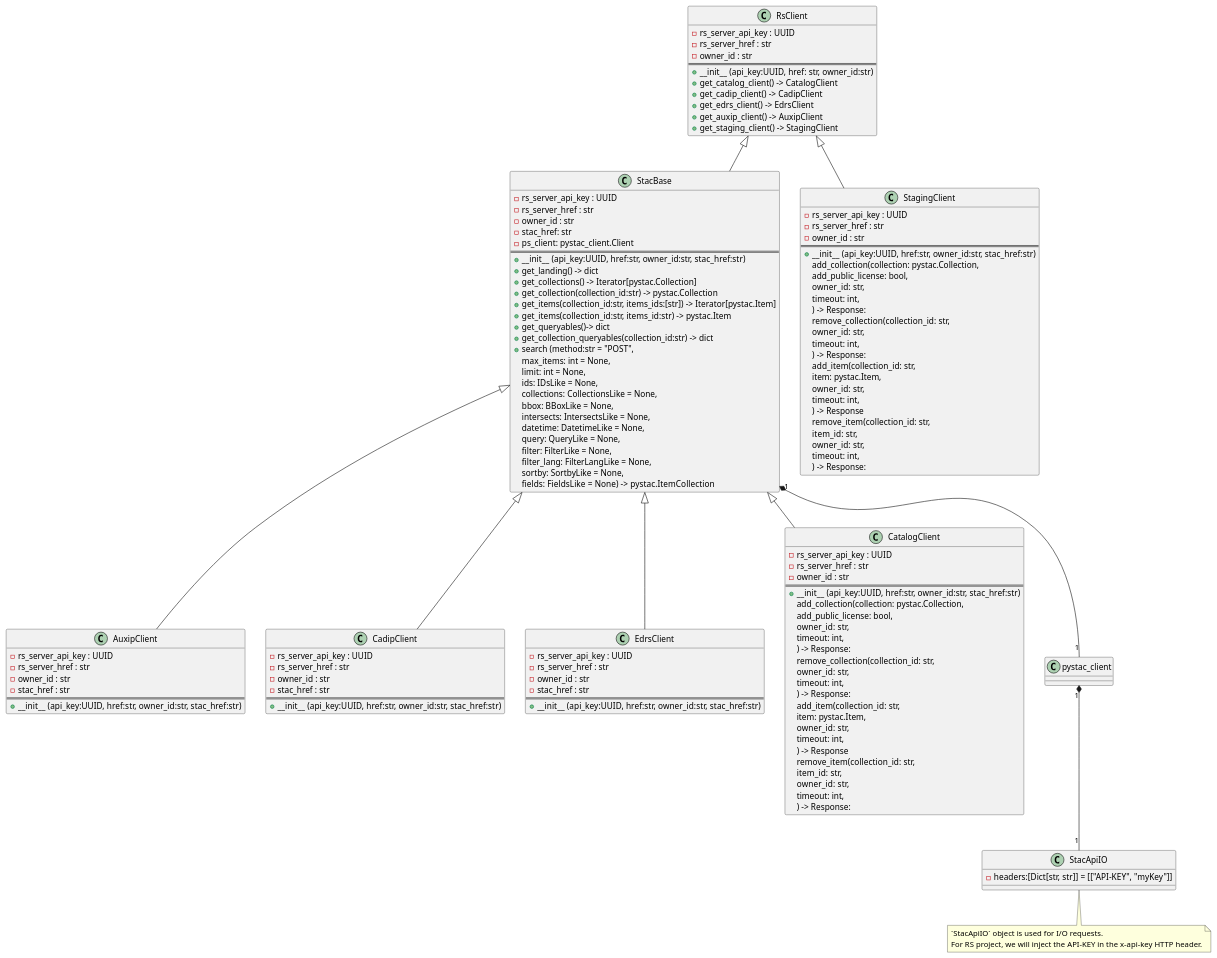
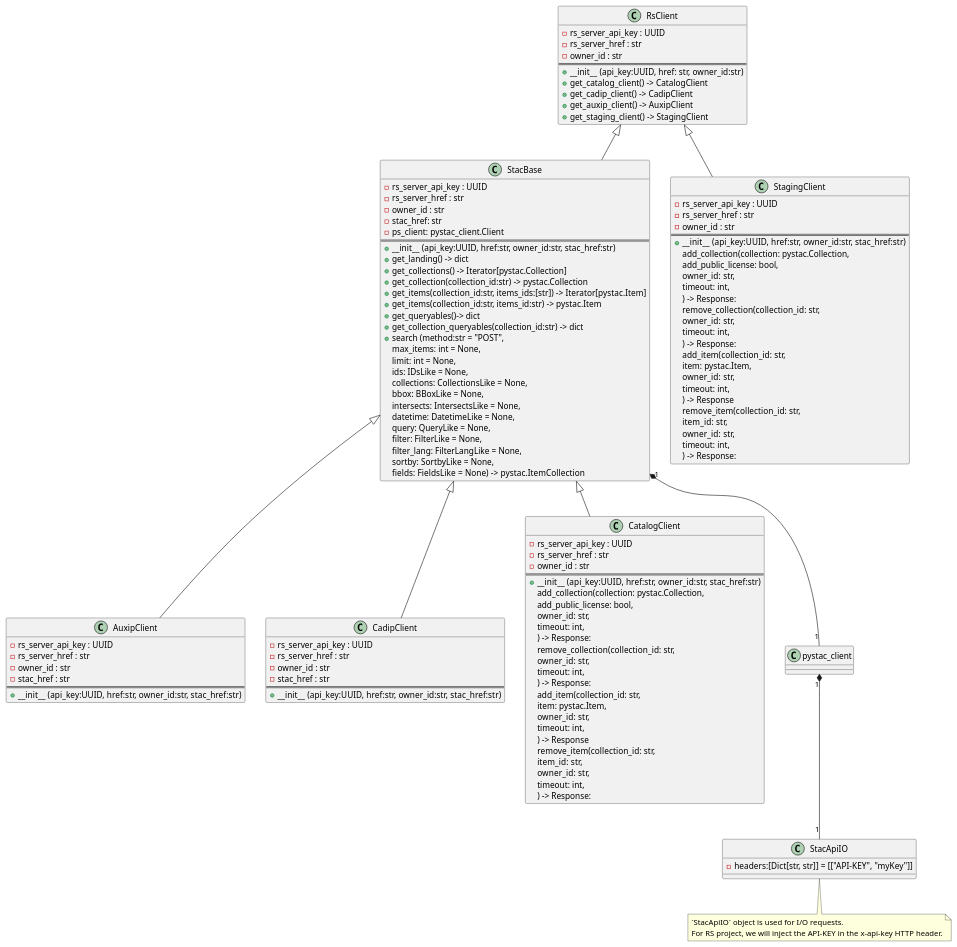
One commit to RS-PYTHON/rs-client-libraries changed the diagram in docs/uml/python-rs-client.plantuml. Above: the diagram before and after it, drawn with PlantUML. The commit also changed 7 other files, not shown here.

```diff
--- a/docs/uml/python-rs-client.plantuml
+++ b/docs/uml/python-rs-client.plantuml
@@ -15,149 +15,138 @@
 @startuml python-rs-client
 
 Class RsClient {
 - rs_server_api_key : UUID
 - rs_server_href : str
 - owner_id : str
 ==
 + __init__ (api_key:UUID, href: str, owner_id:str)
 + get_catalog_client() -> CatalogClient
 + get_cadip_client() -> CadipClient
-+ get_edrs_client() -> EdrsClient
 + get_auxip_client() -> AuxipClient
 + get_staging_client() -> StagingClient
 }
 
 Class StacBase {
 - rs_server_api_key : UUID
 - rs_server_href : str
 - owner_id : str
 - stac_href: str
 - ps_client: pystac_client.Client
 ==
 + __init__ (api_key:UUID, href:str, owner_id:str, stac_href:str)
 + get_landing() -> dict
 + get_collections() -> Iterator[pystac.Collection]
 + get_collection(collection_id:str) -> pystac.Collection
 + get_items(collection_id:str, items_ids:[str]) -> Iterator[pystac.Item]
 + get_items(collection_id:str, items_id:str) -> pystac.Item
 + get_queryables()-> dict
 + get_collection_queryables(collection_id:str) -> dict
 + search (method:str = "POST",
         max_items: int = None,
         limit: int = None,
         ids: IDsLike = None,
         collections: CollectionsLike = None,
         bbox: BBoxLike = None,
         intersects: IntersectsLike = None,
         datetime: DatetimeLike = None,
         query: QueryLike = None,
         filter: FilterLike = None,
         filter_lang: FilterLangLike = None,
         sortby: SortbyLike = None,
         fields: FieldsLike = None)  -> pystac.ItemCollection
 }
 
 Class AuxipClient {
 - rs_server_api_key : UUID
 - rs_server_href : str
 - owner_id : str
 - stac_href : str
 ==
 + __init__ (api_key:UUID, href:str, owner_id:str, stac_href:str)
 }
 
 Class CadipClient {
-- rs_server_api_key : UUID
-- rs_server_href : str
-- owner_id : str
-- stac_href : str
-==
-+ __init__ (api_key:UUID, href:str, owner_id:str, stac_href:str)
-}
-
-Class EdrsClient {
 - rs_server_api_key : UUID
 - rs_server_href : str
 - owner_id : str
 - stac_href : str
 ==
 + __init__ (api_key:UUID, href:str, owner_id:str, stac_href:str)
 }
 
 Class CatalogClient {
 - rs_server_api_key : UUID
 - rs_server_href : str
 - owner_id : str
 ==
 + __init__ (api_key:UUID, href:str, owner_id:str, stac_href:str)
 add_collection(collection: pystac.Collection,
         add_public_license: bool,
         owner_id: str,
         timeout: int,
     ) -> Response:
 remove_collection(collection_id: str,
         owner_id: str,
         timeout: int,
     ) -> Response:
 add_item(collection_id: str,
         item: pystac.Item,
         owner_id: str,
         timeout: int,
     ) -> Response
 remove_item(collection_id: str,
         item_id: str,
         owner_id: str,
         timeout: int,
     ) -> Response:
 }
 
 Class StagingClient {
 - rs_server_api_key : UUID
 - rs_server_href : str
 - owner_id : str
 ==
 + __init__ (api_key:UUID, href:str, owner_id:str, stac_href:str)
 add_collection(collection: pystac.Collection,
         add_public_license: bool,
         owner_id: str,
         timeout: int,
     ) -> Response:
 remove_collection(collection_id: str,
         owner_id: str,
         timeout: int,
     ) -> Response:
 add_item(collection_id: str,
         item: pystac.Item,
         owner_id: str,
         timeout: int,
     ) -> Response
 remove_item(collection_id: str,
         item_id: str,
         owner_id: str,
         timeout: int,
     ) -> Response:
 }
 
 Class pystac_client {
 
 }
 
 Class StacApiIO {
  - headers:[Dict[str, str]] = [["API-KEY", "myKey"]]
 }
 
 RsClient <|-- StacBase
 RsClient <|-- StagingClient
 StacBase <|-- CadipClient
-StacBase <|-- EdrsClient
 StacBase <|-- CatalogClient
 StacBase <|-- AuxipClient
 StacBase "1" *-- "1" pystac_client
 pystac_client "1" *-- "1"  StacApiIO
 
 note bottom
 `StacApiIO` object is used for I/O requests.
 For RS project, we will inject the API-KEY in the x-api-key HTTP header.
 end note
 
 @enduml
```
